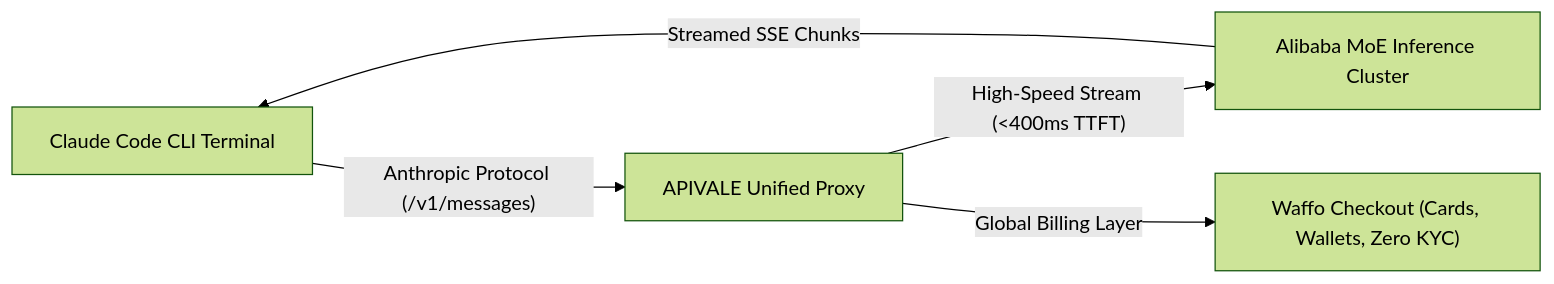
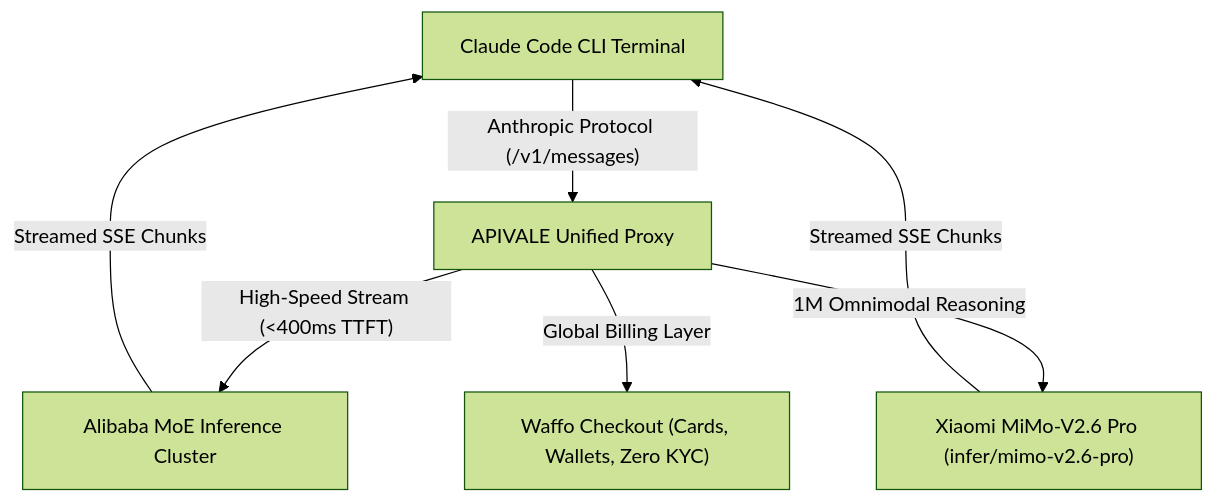
One commit to bshx2024/apivel_blog changed the diagram in src/content/blog/claude-code-opus-5-2-alternative-qwen-3-8-max.md. Above: the diagram before and after it, drawn with Mermaid (forest theme). The commit also changed other lines of this file and 5 other files, not shown here.

Commit message:
feat(blog): publish Xiaomi MiMo-V2.6 Pro Claude Code & Cursor setup guide with 1M context routing and mesh links

````diff
--- a/src/content/blog/claude-code-opus-5-2-alternative-qwen-3-8-max.md
+++ b/src/content/blog/claude-code-opus-5-2-alternative-qwen-3-8-max.md
@@ -188,7 +188,9 @@
 ```mermaid
-graph LR
+graph TD
     A["Claude Code CLI Terminal"] -->|"Anthropic Protocol (/v1/messages)"| B["APIVALE Unified Proxy"]
     B -->|"High-Speed Stream (<400ms TTFT)"| C["Alibaba MoE Inference Cluster"]
+    B -->|"1M Omnimodal Reasoning"| E["Xiaomi MiMo-V2.6 Pro (infer/mimo-v2.6-pro)"]
     B -->|"Global Billing Layer"| D["Waffo Checkout (Cards, Wallets, Zero KYC)"]
     C -->|"Streamed SSE Chunks"| A
+    E -->|"Streamed SSE Chunks"| A
 ```
````
